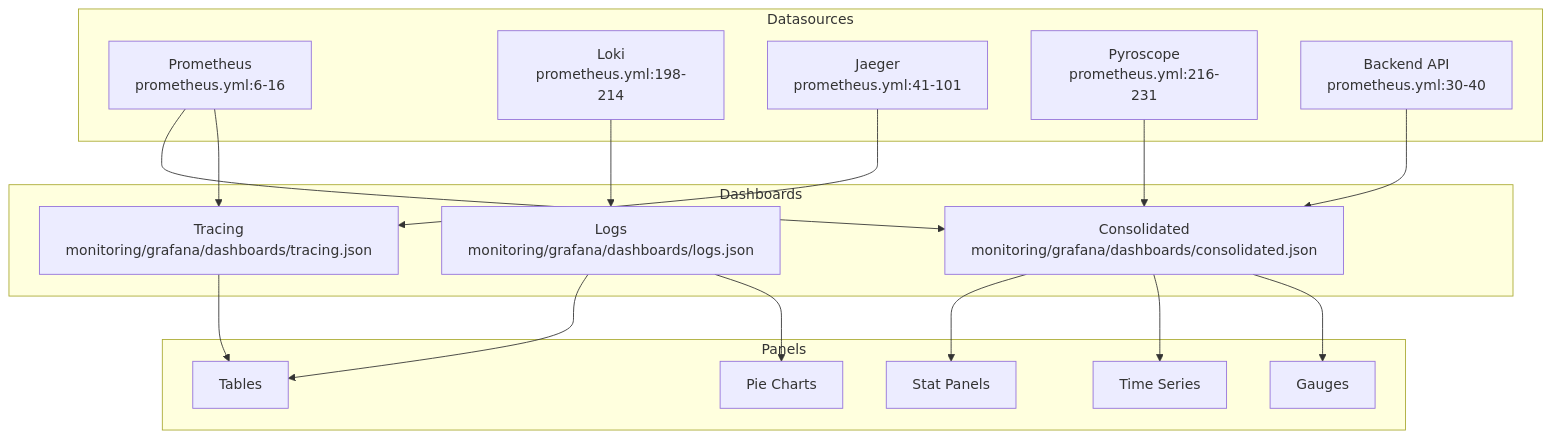
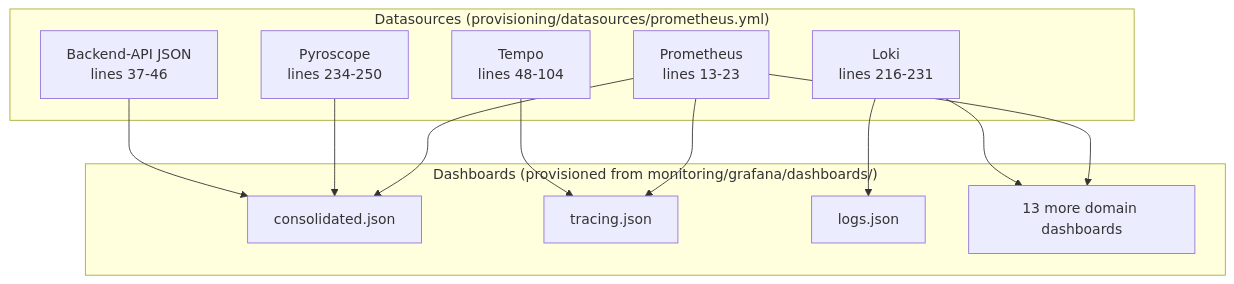
Before and after one commit to mikesvoboda/nemotron-v3-home-security-intelligence: the diagram in docs/architecture/observability/grafana-dashboards.md, drawn with Mermaid. The commit also changed other lines of this file and 313 other files, not shown here.

````diff
--- a/docs/architecture/observability/grafana-dashboards.md
+++ b/docs/architecture/observability/grafana-dashboards.md
@@ -23,38 +31,26 @@
 ```mermaid
 graph TD
-    subgraph "Datasources"
-        PROM[Prometheus<br/>prometheus.yml:6-16]
-        LOKI[Loki<br/>prometheus.yml:198-214]
-        JAEG[Jaeger<br/>prometheus.yml:41-101]
-        PYRO[Pyroscope<br/>prometheus.yml:216-231]
-        API[Backend API<br/>prometheus.yml:30-40]
+    subgraph "Datasources (provisioning/datasources/prometheus.yml)"
+        PROM[Prometheus<br/>lines 13-23]
+        LOKI[Loki<br/>lines 216-231]
+        TEMPO[Tempo<br/>lines 48-104]
+        PYRO[Pyroscope<br/>lines 234-250]
+        API[Backend-API JSON<br/>lines 37-46]
     end
 
-    subgraph "Dashboards"
-        CONS[Consolidated<br/>monitoring/grafana/dashboards/consolidated.json]
-        TRAC[Tracing<br/>monitoring/grafana/dashboards/tracing.json]
-        LOGS[Logs<br/>monitoring/grafana/dashboards/logs.json]
-    end
-
-    subgraph "Panels"
-        STAT[Stat Panels]
-        GRAPH[Time Series]
-        TABLE[Tables]
-        PIE[Pie Charts]
-        GAUGE[Gauges]
+    subgraph "Dashboards (provisioned from monitoring/grafana/dashboards/)"
+        CONS[consolidated.json]
+        TRAC[tracing.json]
+        LOGS[logs.json]
+        EXTRA[13 more domain dashboards]
     end
 
     PROM --> CONS
     PROM --> TRAC
     LOKI --> LOGS
-    JAEG --> TRAC
+    TEMPO --> TRAC
     PYRO --> CONS
     API --> CONS
-
-    CONS --> STAT
-    CONS --> GRAPH
-    CONS --> GAUGE
-    LOGS --> TABLE
-    LOGS --> PIE
-    TRAC --> TABLE
+    PROM --> EXTRA
+    LOKI --> EXTRA
 ```
````
